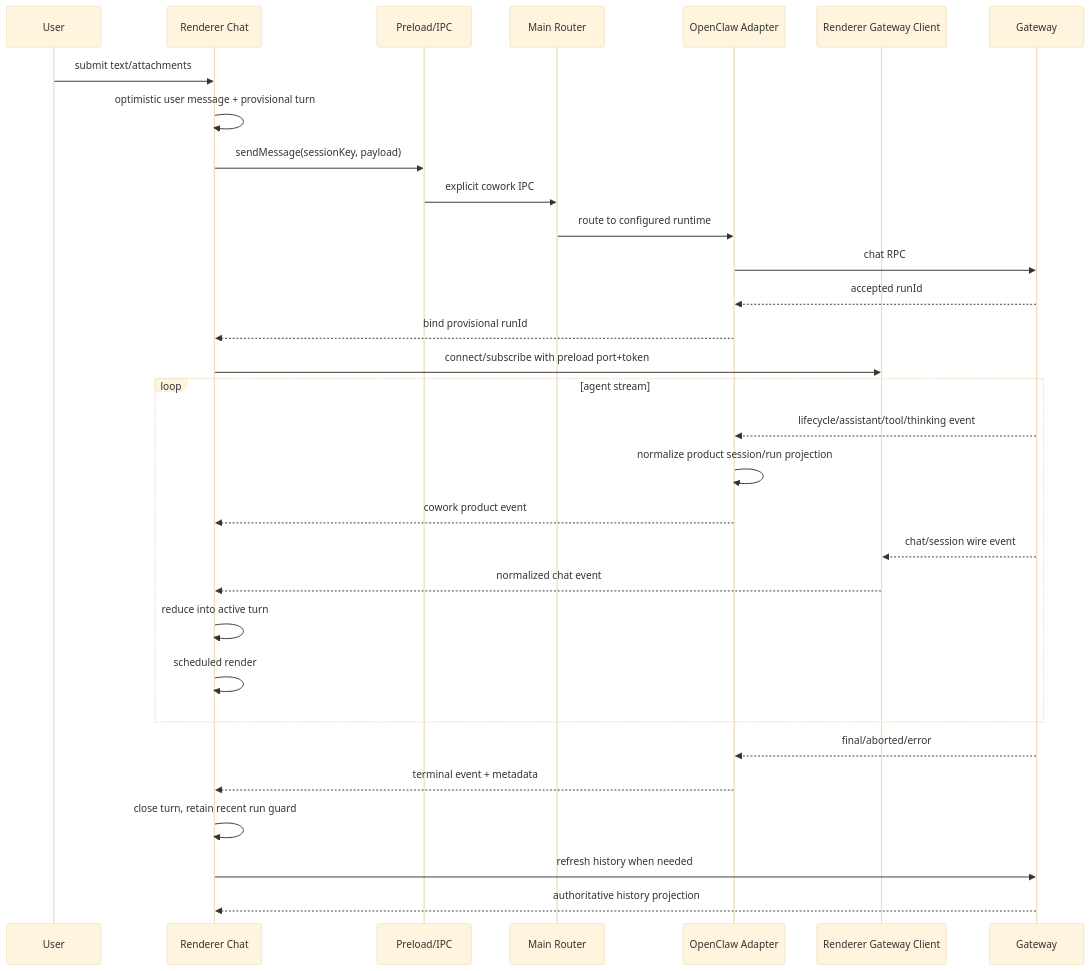
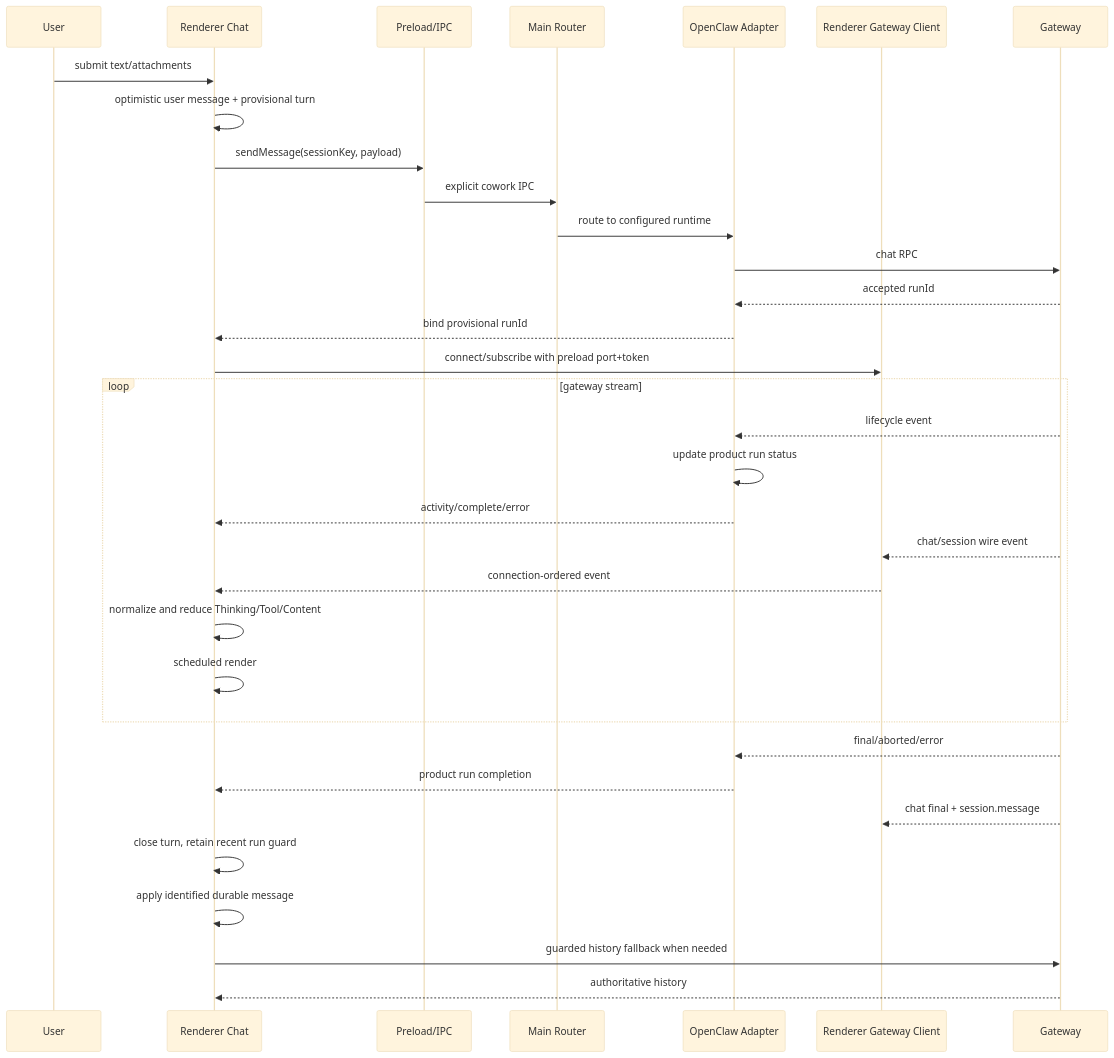
Before and after one commit to liangxhao/JustDo: the diagram in docs/features/chat-message-flow-review-2026-07-26.md, drawn with Mermaid (base theme). The commit also changed other lines of this file and 93 other files, not shown here.

Commit message:
refactor(cowork): align chat state with OpenClaw

````diff
--- a/docs/features/chat-message-flow-review-2026-07-26.md
+++ b/docs/features/chat-message-flow-review-2026-07-26.md
@@ -32,34 +32,36 @@
 ```mermaid
 sequenceDiagram
   participant U as User
   participant R as Renderer Chat
   participant P as Preload/IPC
   participant M as Main Router
   participant A as OpenClaw Adapter
   participant C as Renderer Gateway Client
   participant G as Gateway
 
   U->>R: submit text/attachments
   R->>R: optimistic user message + provisional turn
   R->>P: sendMessage(sessionKey, payload)
   P->>M: explicit cowork IPC
   M->>A: route to configured runtime
   A->>G: chat RPC
   G-->>A: accepted runId
   A-->>R: bind provisional runId
   R->>C: connect/subscribe with preload port+token
-  loop agent stream
-    G-->>A: lifecycle/assistant/tool/thinking event
-    A->>A: normalize product session/run projection
-    A-->>R: cowork product event
+  loop gateway stream
+    G-->>A: lifecycle event
+    A->>A: update product run status
+    A-->>R: activity/complete/error
     G-->>C: chat/session wire event
-    C-->>R: normalized chat event
-    R->>R: reduce into active turn
+    C-->>R: connection-ordered event
+    R->>R: normalize and reduce Thinking/Tool/Content
     R->>R: scheduled render
   end
   G-->>A: final/aborted/error
-  A-->>R: terminal event + metadata
+  A-->>R: product run completion
+  G-->>C: chat final + session.message
   R->>R: close turn, retain recent run guard
-  R->>G: refresh history when needed
-  G-->>R: authoritative history projection
+  R->>R: apply identified durable message
+  R->>G: guarded history fallback when needed
+  G-->>R: authoritative history
 ```
````
